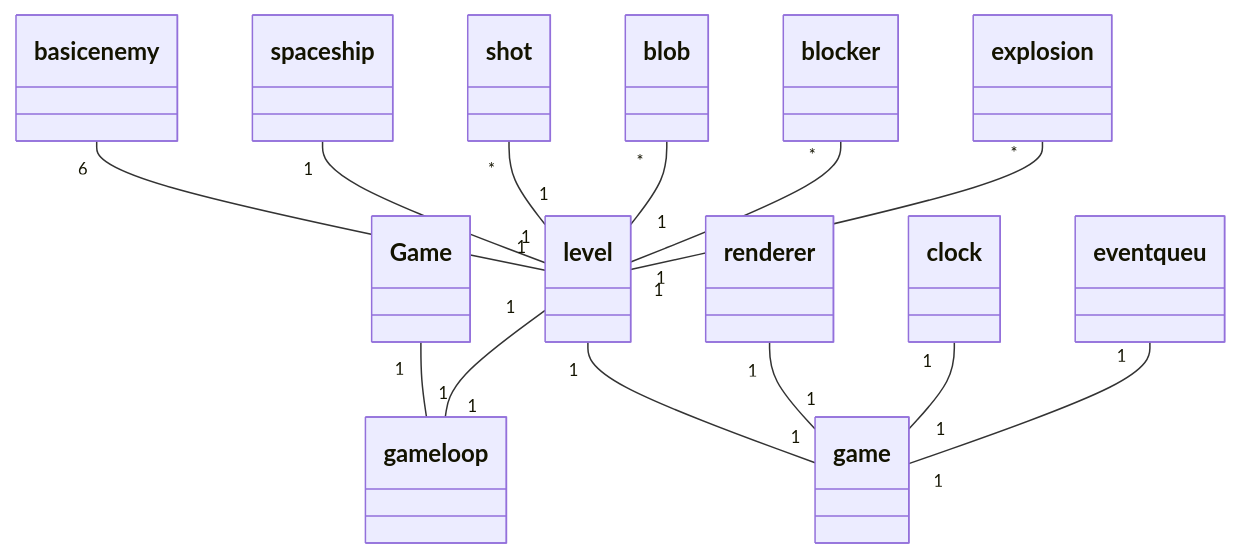
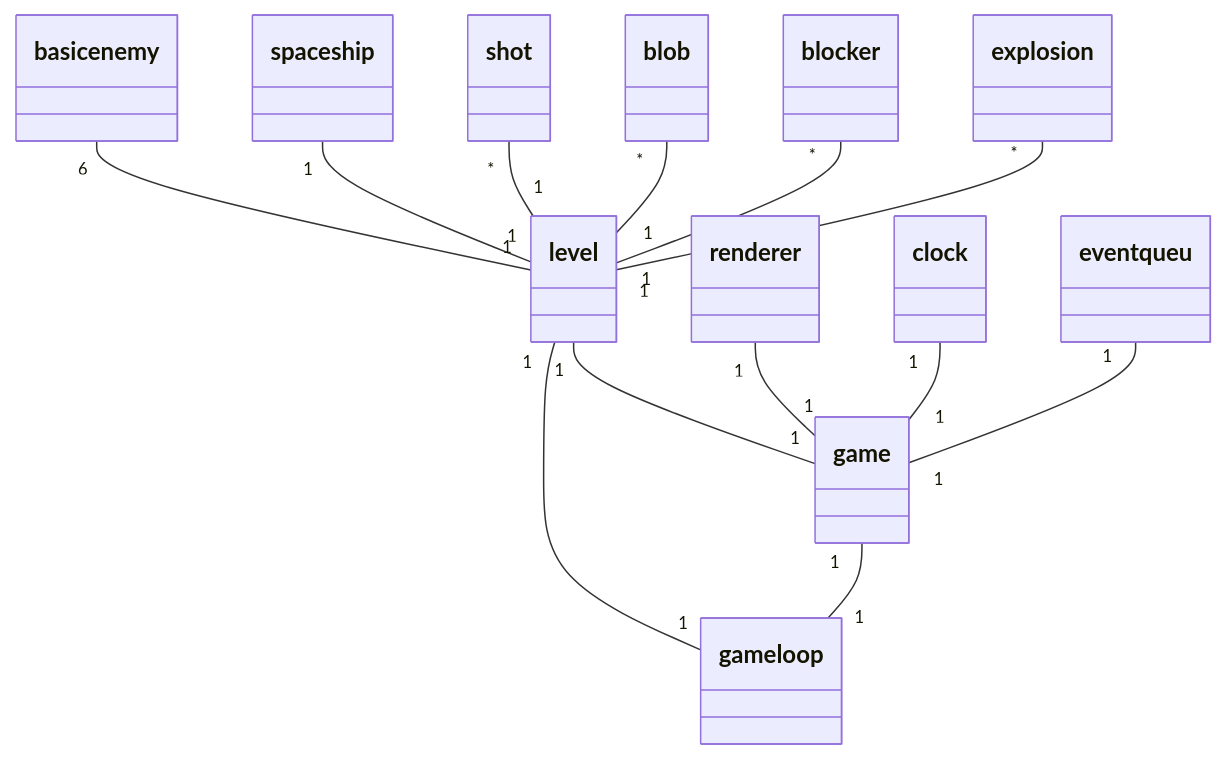
One commit to arolaeemil/ot-harjoitustyo changed the diagram in python-space-invaders/dokumentaatio/arkkitehtuuri.md. Above: the diagram before and after it, drawn with Mermaid.

````diff
--- a/python-space-invaders/dokumentaatio/arkkitehtuuri.md
+++ b/python-space-invaders/dokumentaatio/arkkitehtuuri.md
@@ -9,16 +9,16 @@
 ```mermaid
  classDiagram
-	Game "1" -- "1" gameloop
+	game "1" -- "1" gameloop
   level "1" -- "1" gameloop
   level "1" -- "1" game
   renderer "1" -- "1"game
   clock "1" -- "1" game
   eventqueu "1" -- "1" game
   
   basicenemy "6" -- "1" level
   spaceship "1" -- "1" level
   shot "*" -- "1" level
   blob "*" -- "1" level
   blocker "*" -- "1" level
   explosion "*" -- "1" level
 ```
````
